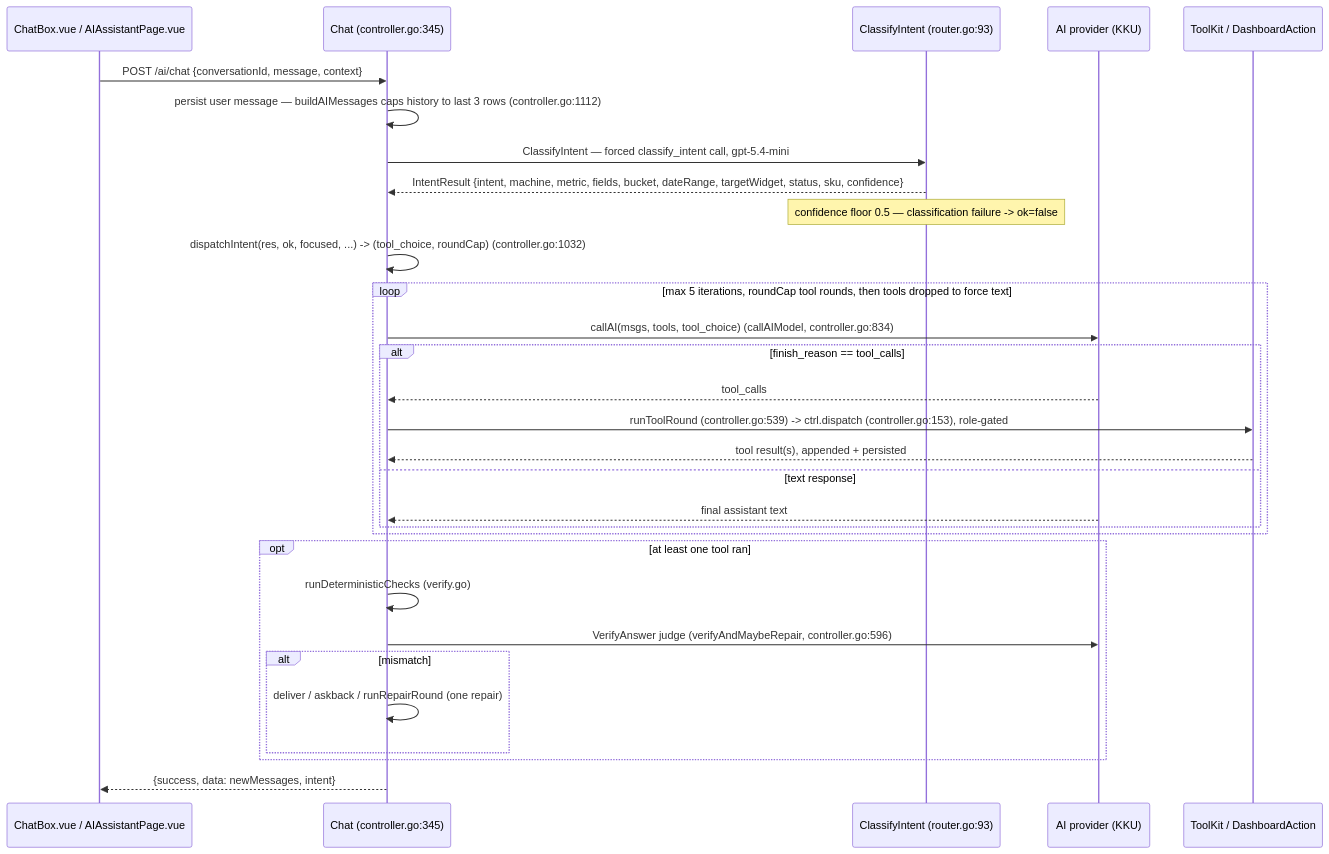
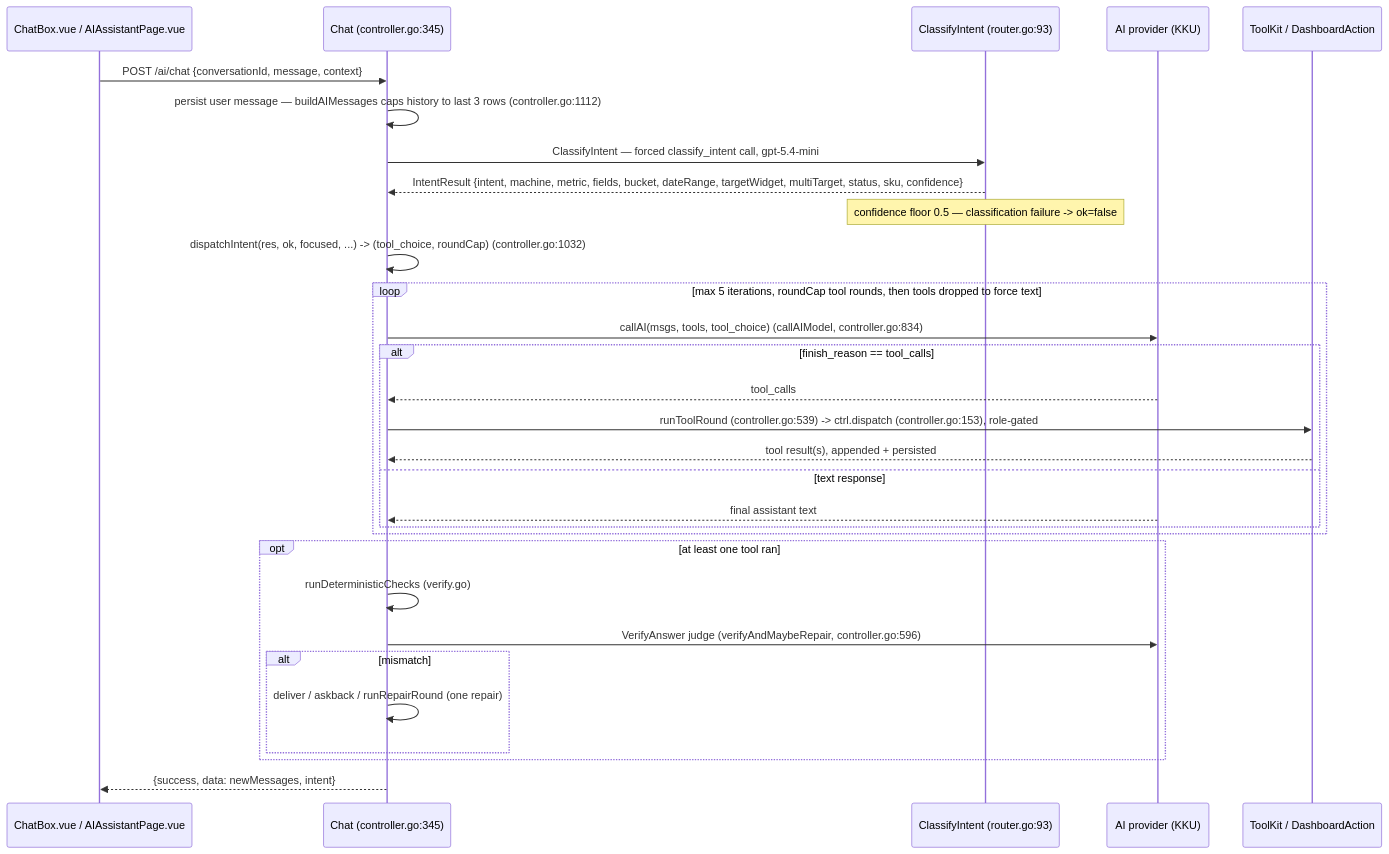
One commit to pepegummo/Project-Dashboard changed the fifth of 5 diagrams in docs/ai-pages.md. Above: the diagram before and after it, drawn with Mermaid. The commit also changed other lines of this file and 11 other files, not shown here.

````diff
--- a/docs/ai-pages.md
+++ b/docs/ai-pages.md
@@ -327,36 +328,36 @@
 ```mermaid
 sequenceDiagram
   participant FE as ChatBox.vue / AIAssistantPage.vue
   participant API as Chat (controller.go:345)
   participant Router as ClassifyIntent (router.go:93)
   participant Groq as AI provider (KKU)
   participant Tools as ToolKit / DashboardAction
 
   FE->>API: POST /ai/chat {conversationId, message, context}
   API->>API: persist user message — buildAIMessages caps history to last 3 rows (controller.go:1112)
   API->>Router: ClassifyIntent — forced classify_intent call, gpt-5.4-mini
-  Router-->>API: IntentResult {intent, machine, metric, fields, bucket, dateRange, targetWidget, status, sku, confidence}
+  Router-->>API: IntentResult {intent, machine, metric, fields, bucket, dateRange, targetWidget, multiTarget, status, sku, confidence}
   Note over Router: confidence floor 0.5 — classification failure -> ok=false
   API->>API: dispatchIntent(res, ok, focused, ...) -> (tool_choice, roundCap) (controller.go:1032)
 
   loop max 5 iterations, roundCap tool rounds, then tools dropped to force text
     API->>Groq: callAI(msgs, tools, tool_choice) (callAIModel, controller.go:834)
     alt finish_reason == tool_calls
       Groq-->>API: tool_calls
       API->>Tools: runToolRound (controller.go:539) -> ctrl.dispatch (controller.go:153), role-gated
       Tools-->>API: tool result(s), appended + persisted
     else text response
       Groq-->>API: final assistant text
     end
   end
 
   opt at least one tool ran
     API->>API: runDeterministicChecks (verify.go)
     API->>Groq: VerifyAnswer judge (verifyAndMaybeRepair, controller.go:596)
     alt mismatch
       API->>API: deliver / askback / runRepairRound (one repair)
     end
   end
 
   API-->>FE: {success, data: newMessages, intent}
 ```
````
